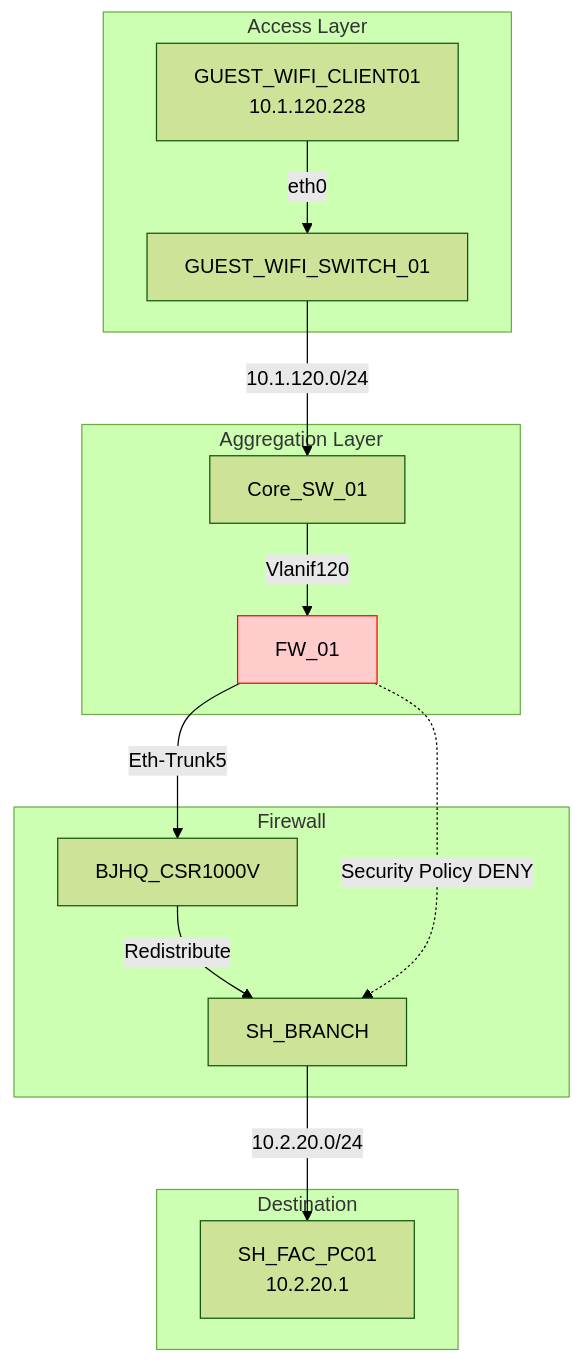
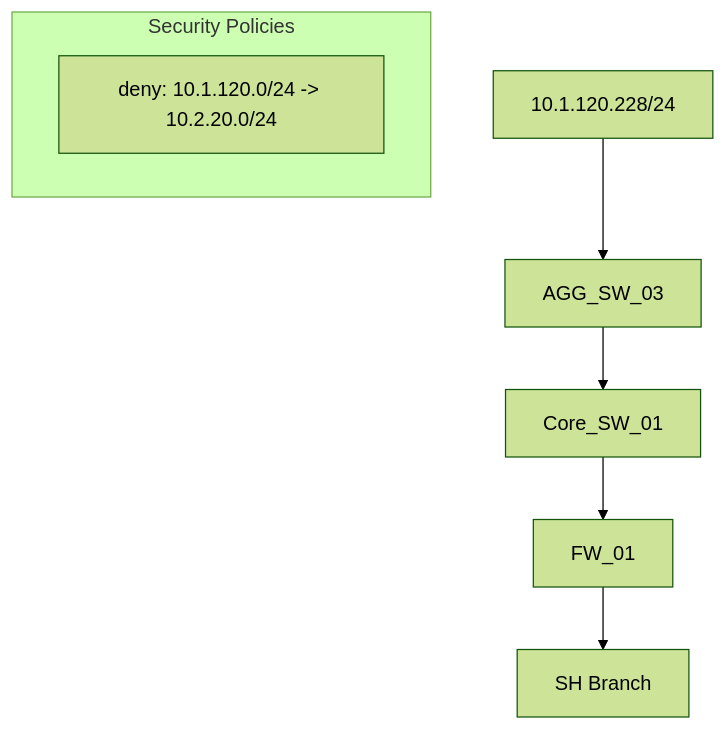
One commit to KG-khangelani/Telco-Troubleshooting-Agentic-Challenge-B changed the diagram in outputs/topology_problem_5.md. Above: the diagram before and after it, drawn with Mermaid (forest theme). The commit also changed 8 other files, not shown here.

````diff
--- a/outputs/topology_problem_5.md
+++ b/outputs/topology_problem_5.md
@@ -1,25 +1,11 @@
 ```mermaid
 graph TD
-    GUEST_WIFI_CLIENT01[GUEST_WIFI_CLIENT01<br/>10.1.120.228]
+    GUEST_WIFI_CLIENT01[10.1.120.228/24] --> AGG_SW_03
+    AGG_SW_03 --> Core_SW_01
+    Core_SW_01 --> FW_01
+    FW_01 --> BJHQ_CSR1000V_GW_01[SH Branch]
     
-    subgraph Access Layer
-        GUEST_WIFI_CLIENT01 -->|eth0| GUEST_WIFI_SWITCH_01
+    subgraph Security Policies
+        deny_Guest_TO_SH_SZ[deny: 10.1.120.0/24 -> 10.2.20.0/24]
     end
-    
-    subgraph Aggregation Layer
-        GUEST_WIFI_SWITCH_01 -->|10.1.120.0/24| Core_SW_01
-        Core_SW_01 -->|Vlanif120| FW_01
-    end
-    
-    subgraph Firewall
-        FW_01 -->|Eth-Trunk5| BJHQ_CSR1000V
-        BJHQ_CSR1000V -->|Redistribute| SH_BRANCH
-    end
-    
-    subgraph Destination
-        SH_BRANCH -->|10.2.20.0/24| SH_FAC_PC01[SH_FAC_PC01<br/>10.2.20.1]
-    end
-    
-    FW_01 -.->|Security Policy DENY| SH_BRANCH
-    style FW_01 fill:#ffcccc,stroke:#ff0000
 ```
````
